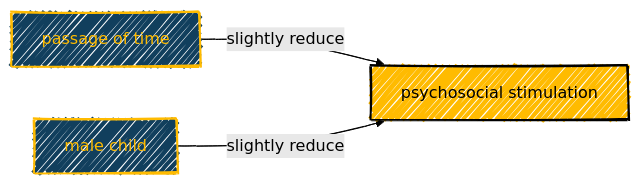
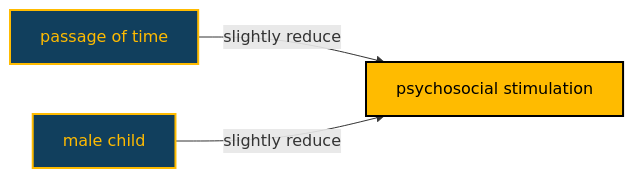
The diagram in MICSPLUS/diagram.md (agrogan1/research), drawn with Mermaid before and after one commit.

````diff
--- a/MICSPLUS/diagram.md
+++ b/MICSPLUS/diagram.md
@@ -1,32 +1,27 @@
 ```mermaid
----
-config:
-  look: handDrawn
-  theme: forest
----
 
 flowchart LR
 
   classDef yellow fill:#FFC20E,stroke:#000000,stroke-width:2px,color:#000000;
   
   classDef cyan fill:#1CABE2,stroke:#000000,stroke-width:2px,color:#FFFFFF;
   
   classDef red fill:#E2231A,stroke:#000000,stroke-width:2px,color:#FFFFFF;
   
   classDef orange fill:#F26A21,stroke:#000000,stroke-width:2px,color:#FFFFFF;
 
   classDef tidal fill:#113f5d,color:#FFBB00,stroke:#FFBB00,stroke-width:2px
 
   classDef tidal2 fill:#FFBB00,color:#000000,stroke:#000000,stroke-width:2px
 
   time[passage of time]:::tidal
 
   psychosocial[psychosocial stimulation]:::tidal2
 
   male[male child]:::tidal
 
   time --> |"slightly reduce"| psychosocial
 
   male --> |"slightly reduce"| psychosocial
 
 ```
````
